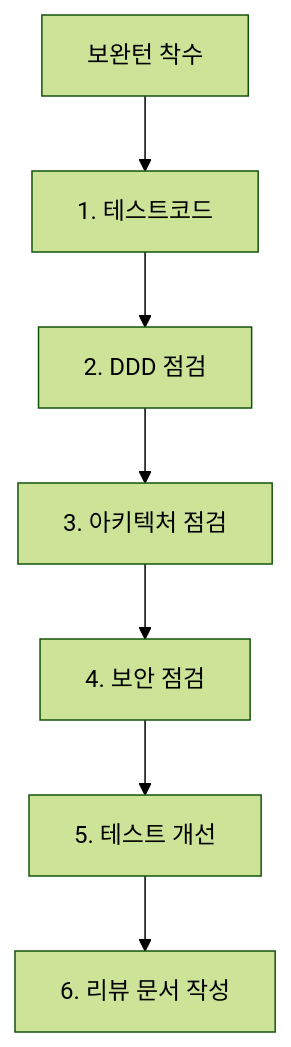
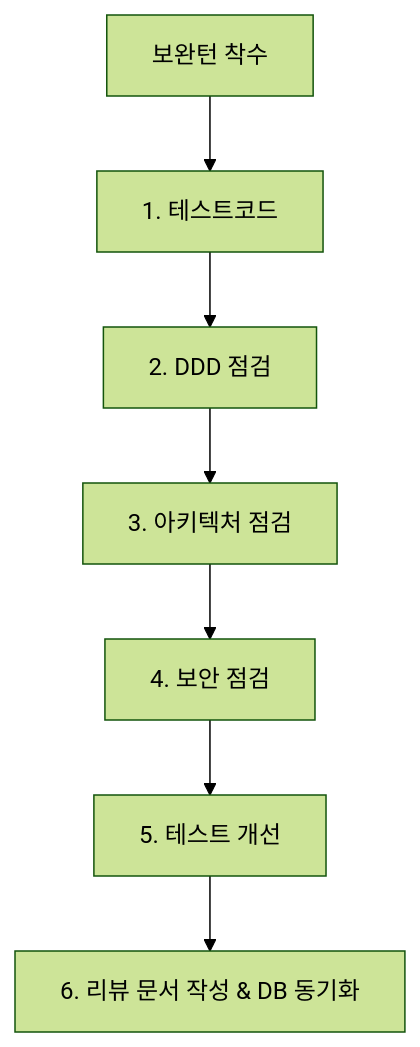
One commit to jkoogit/purePDFrend changed the diagram in docs/10.리뷰/README_리뷰.md. Above: the diagram before and after it, drawn with Mermaid (forest theme). The commit also changed other lines of this file and 22076 other files, not shown here.

````diff
--- a/docs/10.리뷰/README_리뷰.md
+++ b/docs/10.리뷰/README_리뷰.md
@@ -11,9 +19,9 @@
 ```mermaid
 graph TD
     Turn[보완턴 착수] --> Step1[1. 테스트코드]
     Step1 --> Step2[2. DDD 점검]
     Step2 --> Step3[3. 아키텍처 점검]
     Step3 --> Step4[4. 보안 점검]
     Step4 --> Step5[5. 테스트 개선]
-    Step5 --> Step6[6. 리뷰 문서 작성]
+    Step5 --> Step6[6. 리뷰 문서 작성 & DB 동기화]
 ```
````
